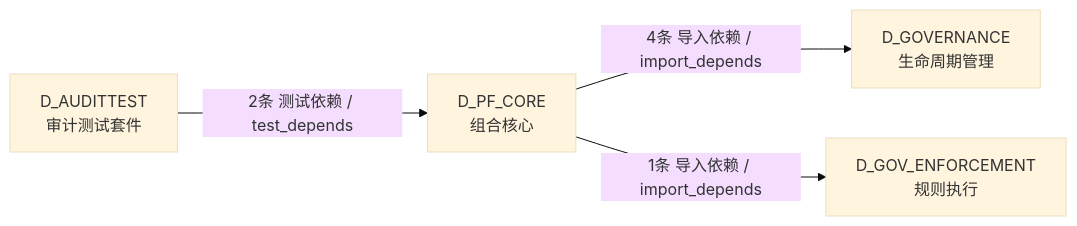
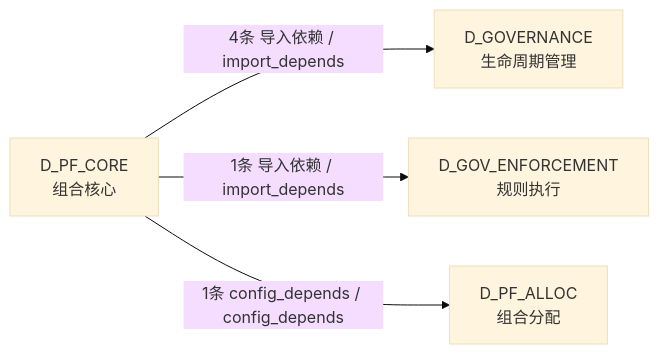
One commit to xuanFelixVan/ZephyrAlpha changed the fourth of 4 diagrams in docs/02_enterprise_architecture/02_domain_architecture_docs/50_d_pf_core.md. Above: the diagram before and after it, drawn with Mermaid (base theme). The commit also changed other lines of this file and 112 other files, not shown here.

````diff
--- a/docs/02_enterprise_architecture/02_domain_architecture_docs/50_d_pf_core.md
+++ b/docs/02_enterprise_architecture/02_domain_architecture_docs/50_d_pf_core.md
@@ -189,10 +195,10 @@
 ```mermaid
 graph LR
     D_PF_CORE["D_PF_CORE<br/>组合核心"]
     D_GOVERNANCE["D_GOVERNANCE<br/>生命周期管理"]
     D_GOV_ENFORCEMENT["D_GOV_ENFORCEMENT<br/>规则执行"]
-    D_AUDITTEST["D_AUDITTEST<br/>审计测试套件"]
+    D_PF_ALLOC["D_PF_ALLOC<br/>组合分配"]
     D_PF_CORE -->|4条 导入依赖 / import_depends| D_GOVERNANCE
     D_PF_CORE -->|1条 导入依赖 / import_depends| D_GOV_ENFORCEMENT
-    D_AUDITTEST -->|2条 测试依赖 / test_depends| D_PF_CORE
+    D_PF_CORE -->|1条 config_depends / config_depends| D_PF_ALLOC
 ```
````
